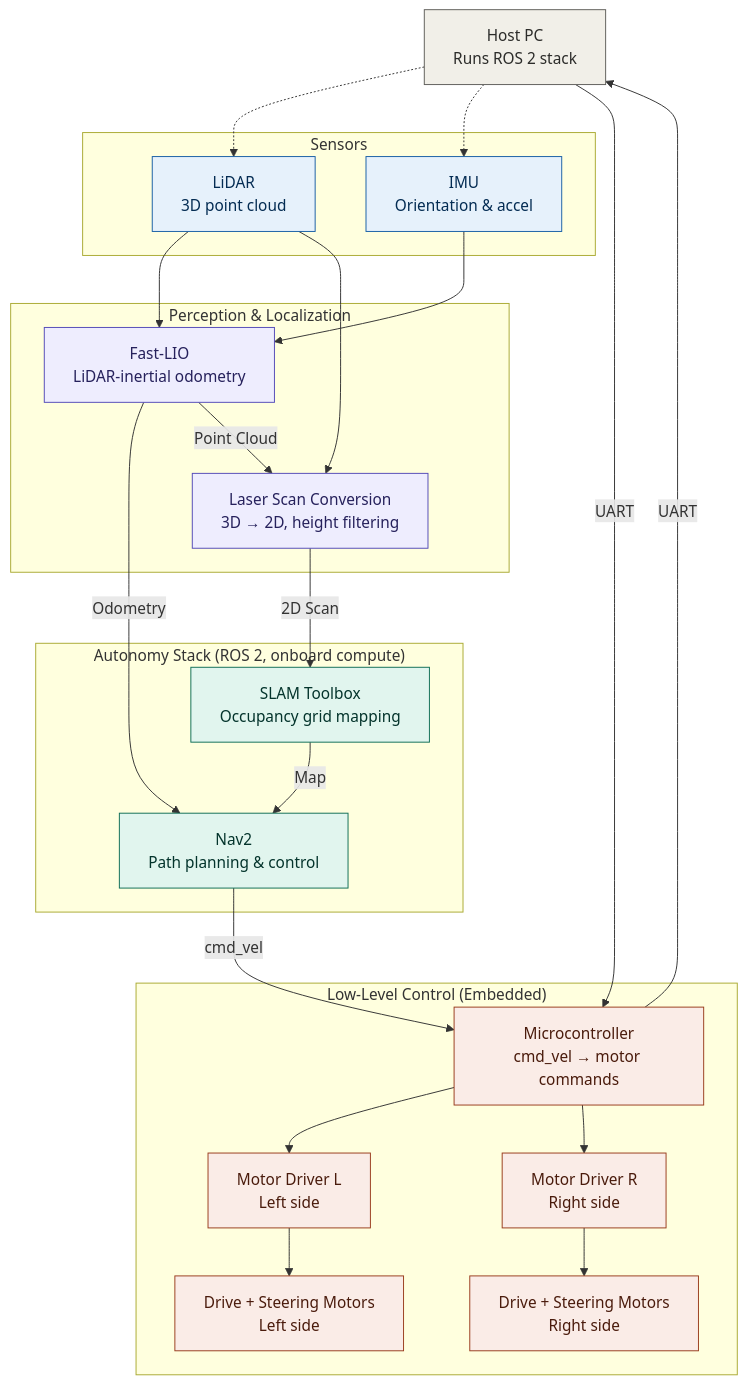
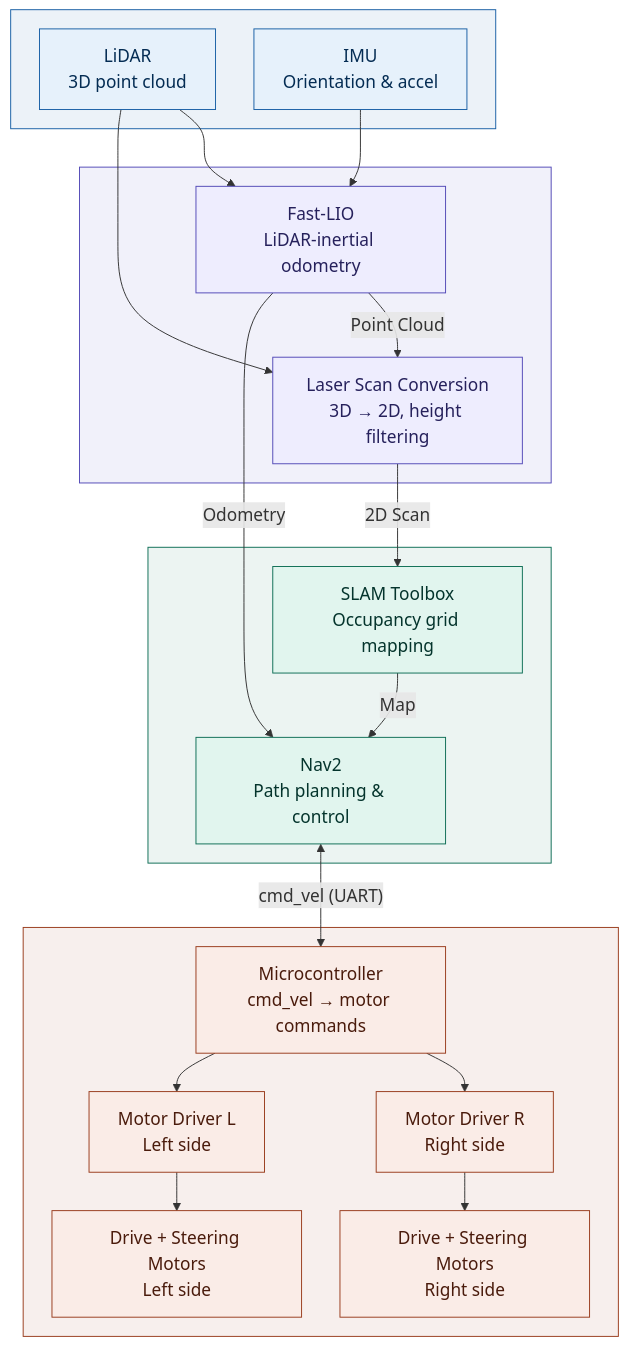
The diagram in _projects/fyp.md (ManojBhatta/manojbhatta.github.io), drawn with Mermaid before and after one commit. The commit also changed other lines of this file and 14 other files, not shown here.

````diff
--- a/_projects/fyp.md
+++ b/_projects/fyp.md
@@ -31,58 +77,55 @@
 ```mermaid
+%%{init: {"themeVariables": {"fontSize": "18px"}, "flowchart": {"rankSpacing": 40, "nodeSpacing": 40}}}%%
 flowchart TB
-    HOST["Host PC<br/>Runs ROS 2 stack"]
-
-    subgraph SENSORS["Sensors"]
+    subgraph SENSORS[" "]
         LIDAR["LiDAR<br/>3D point cloud"]
         IMU["IMU<br/>Orientation & accel"]
     end
 
-    subgraph PERCEPTION["Perception & Localization"]
+    subgraph PERCEPTION[" "]
         FASTLIO["Fast-LIO<br/>LiDAR-inertial odometry"]
         SCANCONV["Laser Scan Conversion<br/>3D → 2D, height filtering"]
     end
 
-    subgraph AUTONOMY["Autonomy Stack (ROS 2, onboard compute)"]
+    subgraph AUTONOMY[" "]
         SLAM["SLAM Toolbox<br/>Occupancy grid mapping"]
         NAV2["Nav2<br/>Path planning & control"]
     end
 
-    subgraph EMBEDDED["Low-Level Control (Embedded)"]
+    subgraph EMBEDDED[" "]
         MCU["Microcontroller<br/>cmd_vel → motor commands"]
         DRV_L["Motor Driver L<br/>Left side"]
         DRV_R["Motor Driver R<br/>Right side"]
         MOT_L["Drive + Steering Motors<br/>Left side"]
         MOT_R["Drive + Steering Motors<br/>Right side"]
     end
 
-    HOST -.-> LIDAR
-    HOST -.-> IMU
-    HOST -- "UART" --> MCU
-    MCU -- "UART" --> HOST
-
     LIDAR --> FASTLIO
     IMU --> FASTLIO
     LIDAR --> SCANCONV
+    FASTLIO -- "Point Cloud" --> SCANCONV
     FASTLIO -- "Odometry" --> NAV2
-    FASTLIO -- "Point Cloud" --> SCANCONV
     SCANCONV -- "2D Scan" --> SLAM
     SLAM -- "Map" --> NAV2
-    NAV2 -- "cmd_vel" --> MCU
+    NAV2 <-- "cmd_vel (UART)" --> MCU
 
+    MCU --> DRV_R
     MCU --> DRV_L
-    MCU --> DRV_R
+    DRV_R --> MOT_R
     DRV_L --> MOT_L
-    DRV_R --> MOT_R
 
-    classDef host fill:#F1EFE8,stroke:#5F5E5A,color:#2C2C2A
     classDef sensor fill:#E6F1FB,stroke:#185FA5,color:#042C53
     classDef perception fill:#EEEDFE,stroke:#534AB7,color:#26215C
     classDef autonomy fill:#E1F5EE,stroke:#0F6E56,color:#04342C
     classDef embedded fill:#FAECE7,stroke:#993C1D,color:#4A1B0C
 
-    class HOST host
     class LIDAR,IMU sensor
     class FASTLIO,SCANCONV perception
     class SLAM,NAV2 autonomy
     class MCU,DRV_L,DRV_R,MOT_L,MOT_R embedded
+
+    style SENSORS fill:#185FA5,fill-opacity:0.08,stroke:#185FA5
+    style PERCEPTION fill:#534AB7,fill-opacity:0.08,stroke:#534AB7
+    style AUTONOMY fill:#0F6E56,fill-opacity:0.08,stroke:#0F6E56
+    style EMBEDDED fill:#993C1D,fill-opacity:0.08,stroke:#993C1D
 ```
````
